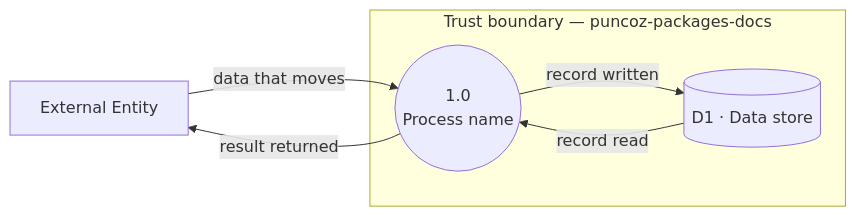
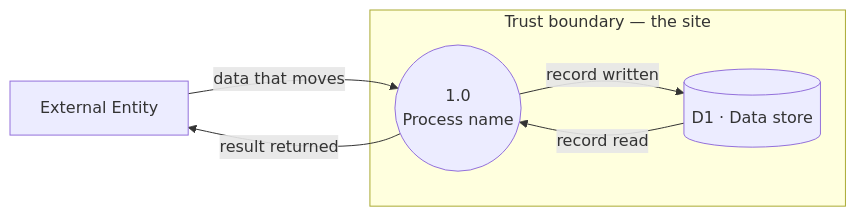
Before and after one commit to nepal-dev-com/docs.nepal-dev.com: the diagram in content/docs/maintain/_templates/dfd.mdx, drawn with Mermaid. The commit also changed 26 other files, not shown here.

````diff
--- a/content/docs/maintain/_templates/dfd.mdx
+++ b/content/docs/maintain/_templates/dfd.mdx
@@ -24,14 +24,14 @@
 ```mermaid
 flowchart LR
   Ext["External Entity"]
 
-  subgraph Trust["Trust boundary — puncoz-packages-docs"]
+  subgraph Trust["Trust boundary — the site"]
     P1(("1.0<br/>Process name"))
     D1[("D1 · Data store")]
   end
 
   Ext -->|"data that moves"| P1
   P1 -->|"record written"| D1
   D1 -->|"record read"| P1
   P1 -->|"result returned"| Ext
 ```
````
